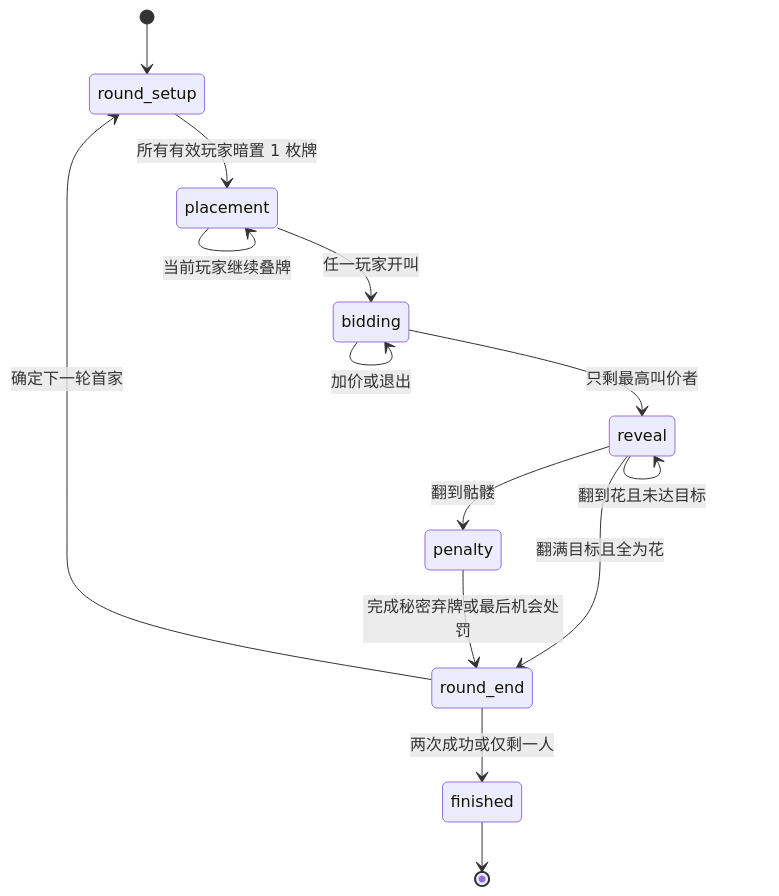
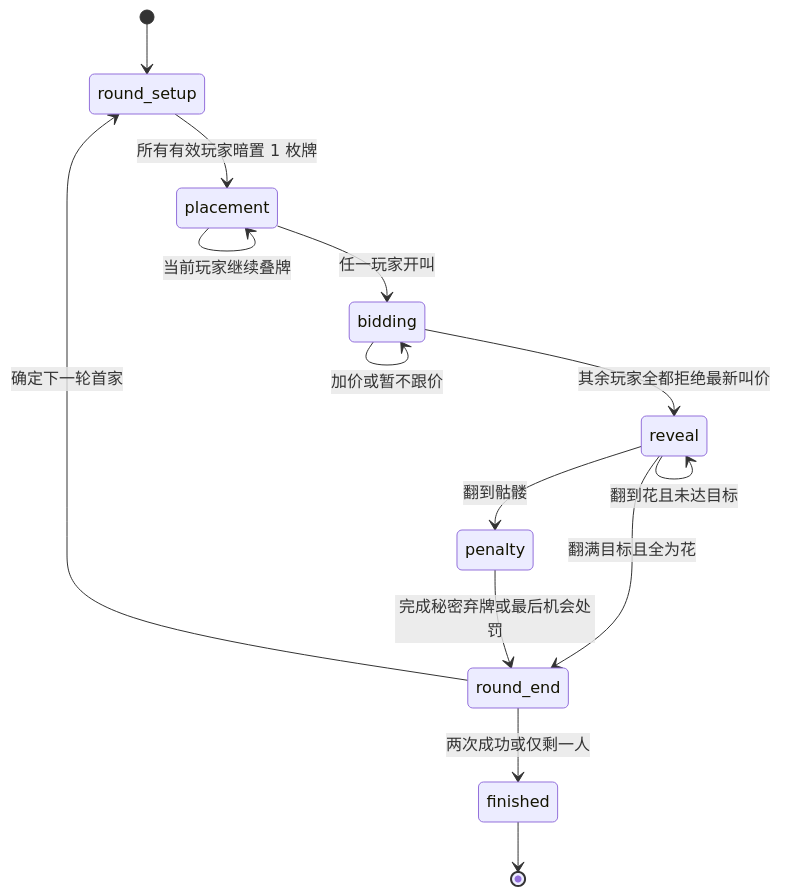
The diagram in skull-game-model/docs/SCENE_MODEL.md (touourin/game-hall-community-games), drawn with Mermaid before and after one commit. The commit also changed other lines of this file and 14 other files, not shown here.

````diff
--- a/skull-game-model/docs/SCENE_MODEL.md
+++ b/skull-game-model/docs/SCENE_MODEL.md
@@ -17,16 +17,16 @@
 ```mermaid
 stateDiagram-v2
     [*] --> round_setup
     round_setup --> placement: 所有有效玩家暗置 1 枚牌
     placement --> placement: 当前玩家继续叠牌
     placement --> bidding: 任一玩家开叫
-    bidding --> bidding: 加价或退出
-    bidding --> reveal: 只剩最高叫价者
+    bidding --> bidding: 加价或暂不跟价
+    bidding --> reveal: 其余玩家全都拒绝最新叫价
     reveal --> reveal: 翻到花且未达目标
     reveal --> round_end: 翻满目标且全为花
     reveal --> penalty: 翻到骷髅
     penalty --> round_end: 完成秘密弃牌或最后机会处罚
     round_end --> finished: 两次成功或仅剩一人
     round_end --> round_setup: 确定下一轮首家
     finished --> [*]
 ```
````
